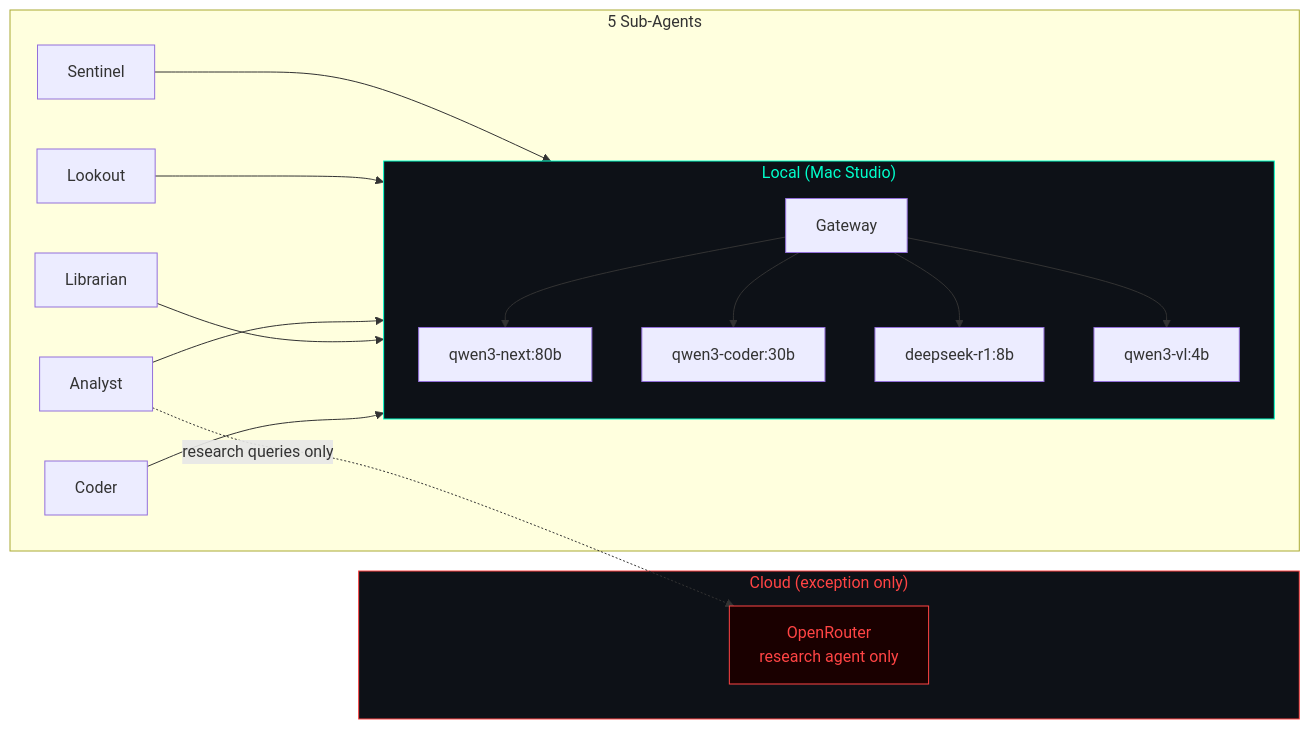
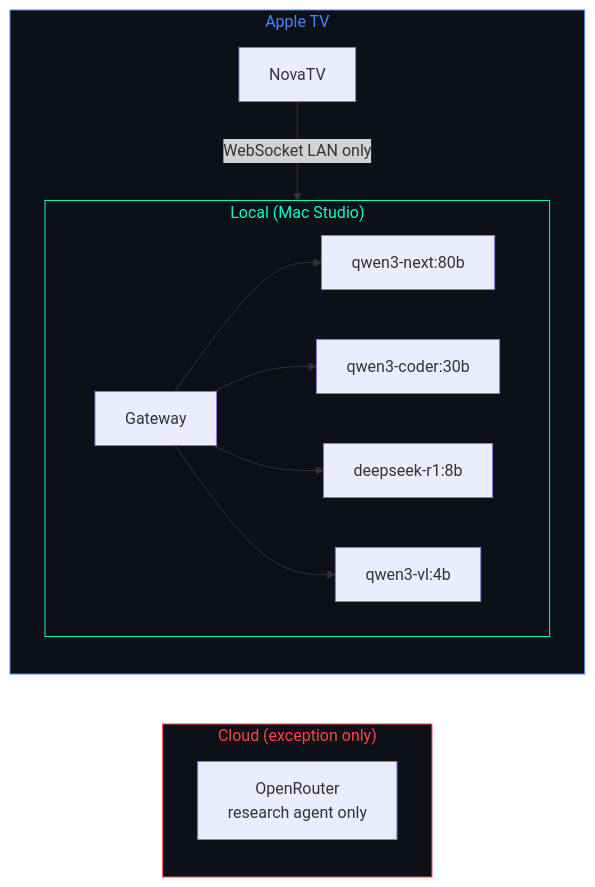
Before and after one commit to kochj23/NovaTV: the third of 3 diagrams in README.md, drawn with Mermaid. The commit also changed other lines of this file, not shown here.

Commit message:
docs: Update README for v1.1.0 — Journal + Big Brother dashboards, deploy guide, data flow diagram

````diff
--- a/README.md
+++ b/README.md
@@ -131,27 +196,21 @@
 ```mermaid
 graph LR
     subgraph Local["Local (Mac Studio)"]
         GW[Gateway] --> Q[qwen3-next:80b]
         GW --> CODER[qwen3-coder:30b]
         GW --> REASON[deepseek-r1:8b]
         GW --> VIS[qwen3-vl:4b]
     end
 
-    subgraph Agents["5 Sub-Agents"]
-        Sentinel --> Local
-        Lookout --> Local
-        Analyst --> Local
-        Librarian --> Local
-        Coder --> Local
+    subgraph Cloud["Cloud (exception only)"]
+        OR[OpenRouter\nresearch agent only]
     end
 
-    subgraph Cloud["Cloud (exception only)"]
-        OR[OpenRouter<br/>research agent only]
+    subgraph TV["Apple TV"]
+        NOVATV[NovaTV] -->|WebSocket LAN only| Local
     end
-
-    Analyst -.->|research queries only| OR
 
     style Local fill:#0d1117,stroke:#00ffcc,color:#00ffcc
     style Cloud fill:#0d1117,stroke:#ff4444,color:#ff4444
-    style OR fill:#1a0000,stroke:#ff4444,color:#ff4444
+    style TV fill:#0d1117,stroke:#4488ff,color:#4488ff
 ```
````
